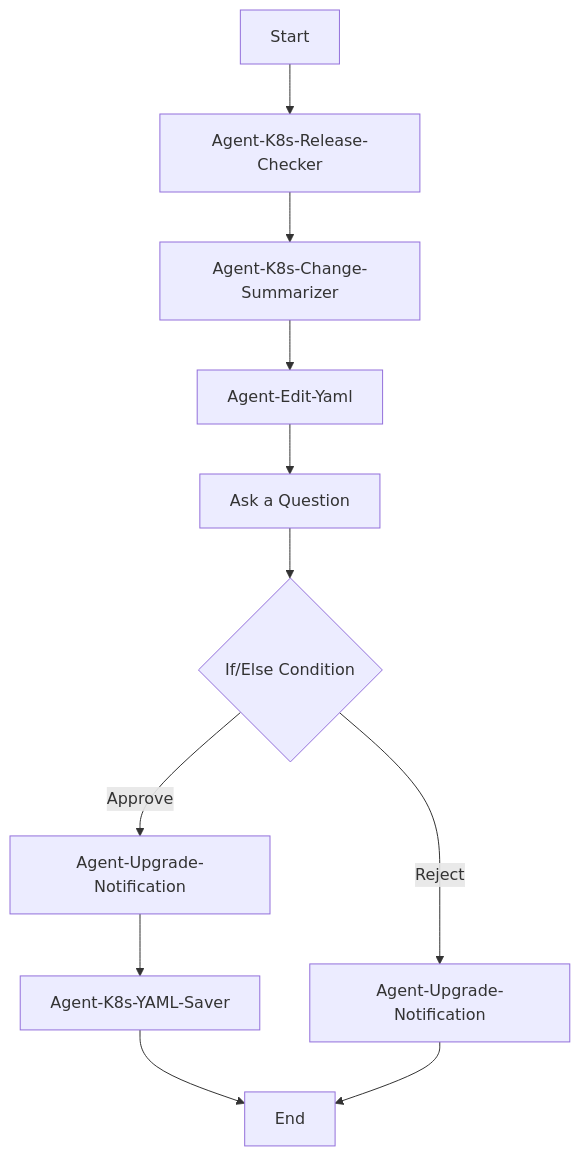
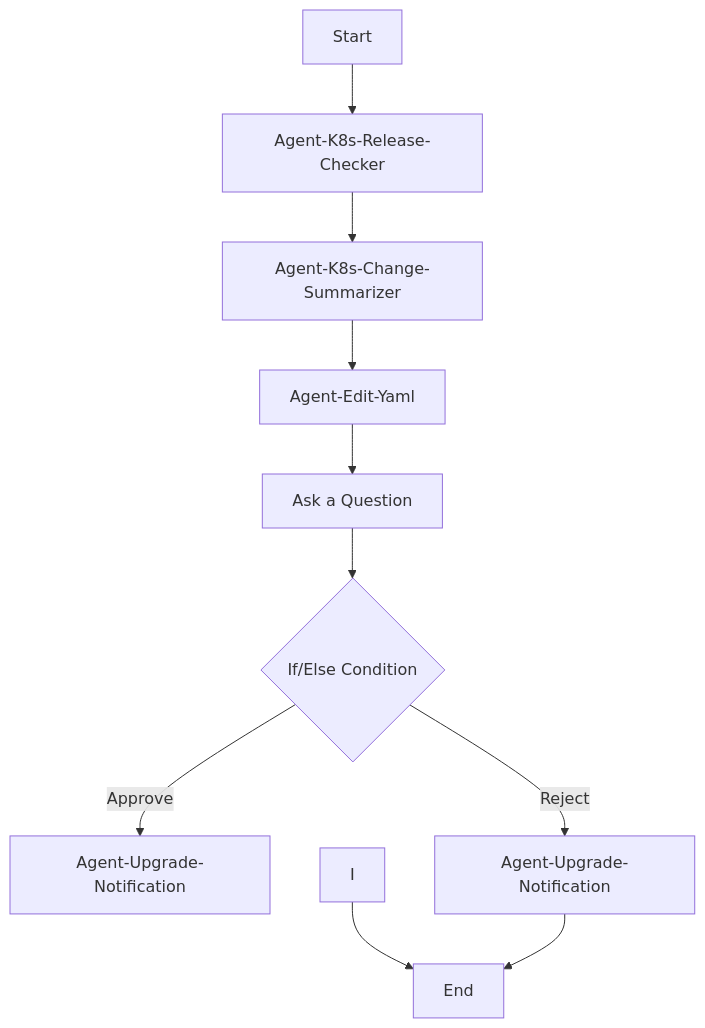
Before and after one commit to maayanlux/AI-Hands-on-Day: the diagram in Lab6-NEW-AI-Foundry-Workflow/01-multi-agent-workflow-lab.md, drawn with Mermaid. The commit also changed other lines of this file, not shown here.

````diff
--- a/Lab6-NEW-AI-Foundry-Workflow/01-multi-agent-workflow-lab.md
+++ b/Lab6-NEW-AI-Foundry-Workflow/01-multi-agent-workflow-lab.md
@@ -201,13 +183,12 @@
     ```mermaid
     graph TD
     Start --> A[Agent-K8s-Release-Checker]
     A --> B[Agent-K8s-Change-Summarizer]
     B --> C[Agent-Edit-Yaml]
     C --> E[Ask a Question]
     E --> F{If/Else Condition}
     F -- Approve --> G[Agent-Upgrade-Notification]
-    G --> I[Agent-K8s-YAML-Saver]
     I --> End
     F -- Reject --> J[Agent-Upgrade-Notification]
     J --> End
     ```
````
